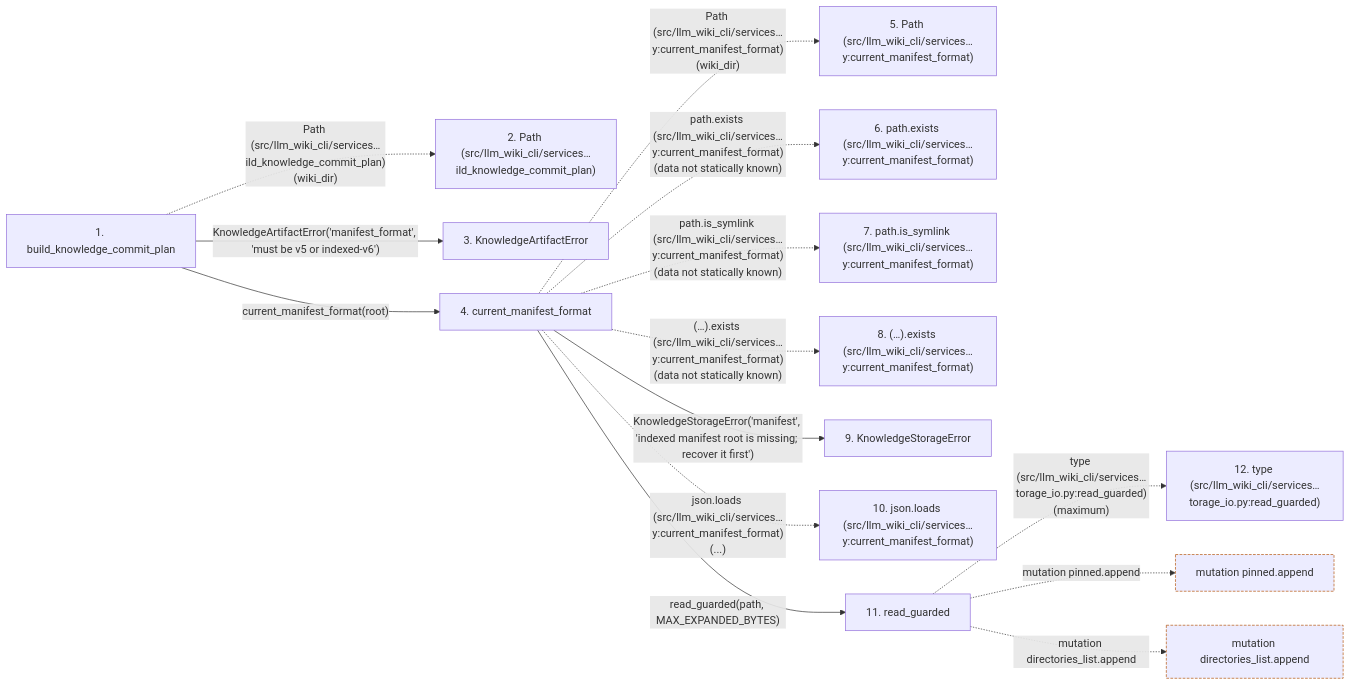
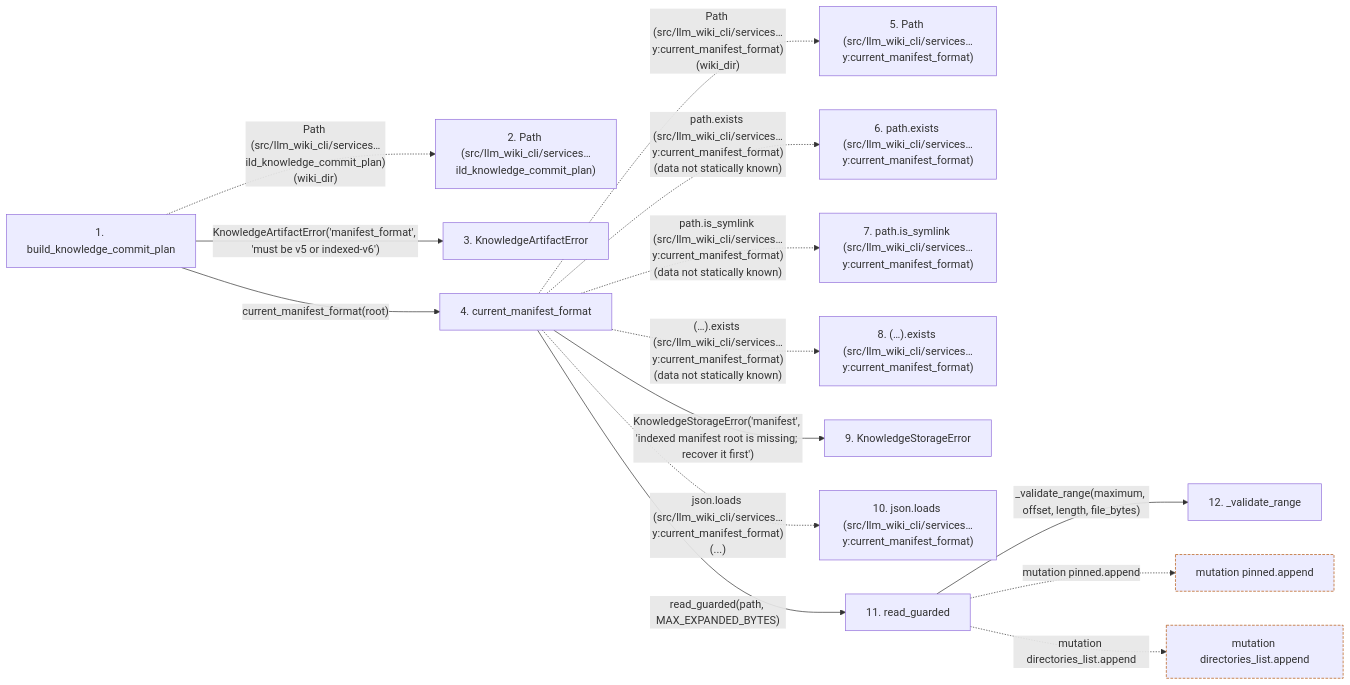
Before and after one commit to Denissvgn/python-wiki-llm: the second of 2 diagrams in docs/llm_wiki/flows/api-build_knowledge_commit_plan.md, drawn with Mermaid. The commit also changed other lines of this file and 486 other files, not shown here.

First line of the commit message:
Improve knowledge storage performance and recoverable cleanup (#36)

````diff
--- a/docs/llm_wiki/flows/api-build_knowledge_commit_plan.md
+++ b/docs/llm_wiki/flows/api-build_knowledge_commit_plan.md
@@ -105,38 +105,39 @@
 ```mermaid
 flowchart LR
     s1["1. build_knowledge_commit_plan"]
     s2["2. Path (src/llm_wiki_cli/services…ild_knowledge_commit_plan)"]
     s3["3. KnowledgeArtifactError"]
     s4["4. current_manifest_format"]
     s5["5. Path (src/llm_wiki_cli/services…y:current_manifest_format)"]
     s6["6. path.exists (src/llm_wiki_cli/services…y:current_manifest_format)"]
     s7["7. path.is_symlink (src/llm_wiki_cli/services…y:current_manifest_format)"]
     s8["8. (…).exists (src/llm_wiki_cli/services…y:current_manifest_format)"]
     s9["9. KnowledgeStorageError"]
     s10["10. json.loads (src/llm_wiki_cli/services…y:current_manifest_format)"]
     s11["11. read_guarded"]
-    s12["12. type (src/llm_wiki_cli/services…torage_io.py:read_guarded)"]
+    s12["12. _validate_range"]
     s1 -. "Path (src/llm_wiki_cli/services…ild_knowledge_commit_plan)(wiki_dir)" .-> s2
     s1 -->|"KnowledgeArtifactError('manifest_format', 'must be v5 or indexed-v6')"| s3
     s1 -->|"current_manifest_format(root)"| s4
     s4 -. "Path (src/llm_wiki_cli/services…y:current_manifest_format)(wiki_dir)" .-> s5
     s4 -. "path.exists (src/llm_wiki_cli/services…y:current_manifest_format)(data not statically known)" .-> s6
     s4 -. "path.is_symlink (src/llm_wiki_cli/services…y:current_manifest_format)(data not statically known)" .-> s7
     s4 -. "(…).exists (src/llm_wiki_cli/services…y:current_manifest_format)(data not statically known)" .-> s8
     s4 -->|"KnowledgeStorageError('manifest', 'indexed manifest root is missing; recover it first')"| s9
     s4 -. "json.loads (src/llm_wiki_cli/services…y:current_manifest_format)(...)" .-> s10
     s4 -->|"read_guarded(path, MAX_EXPANDED_BYTES)"| s11
-    s11 -. "type (src/llm_wiki_cli/services…torage_io.py:read_guarded)(maximum)" .-> s12
+    s11 -->|"_validate_range(maximum, offset, length, file_bytes)"| s12
     b0["mutation pinned.append"]
     s11 -. "mutation pinned.append" .-> b0
     b1["mutation directories_list.append"]
     s11 -. "mutation directories_list.append" .-> b1
     click s1 "../modules/knowledge_artifacts.md"
     click s3 "../modules/knowledge_artifacts.md"
     click s4 "../modules/manifest_storage.md"
     click s9 "../modules/knowledge_storage.md"
     click s11 "../modules/knowledge_storage_io.md"
+    click s12 "../modules/knowledge_storage_io.md"
     classDef boundary stroke:#b45309,stroke-dasharray: 4 2
     class b0 boundary
     class b1 boundary
 ```
````
